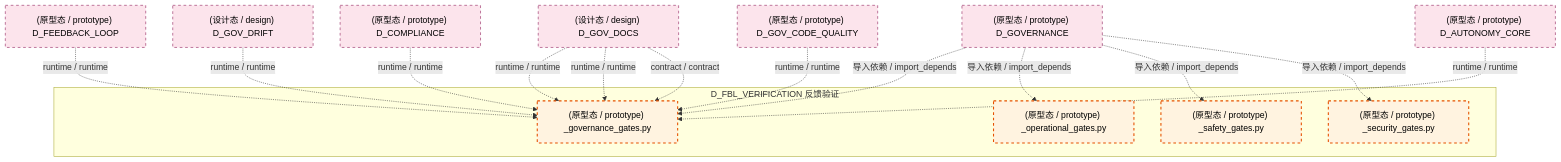
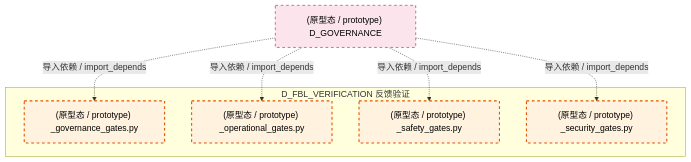
Before and after one commit to xuanFelixVan/ZephyrAlpha: the fourth of 5 diagrams in docs/02_enterprise_architecture/02_domain_architecture_docs/11_d_fbl_verification.md, drawn with Mermaid. The commit also changed other lines of this file and 122 other files, not shown here.

````diff
--- a/docs/02_enterprise_architecture/02_domain_architecture_docs/11_d_fbl_verification.md
+++ b/docs/02_enterprise_architecture/02_domain_architecture_docs/11_d_fbl_verification.md
@@ -342,34 +341,20 @@
 ```mermaid
 graph TD
     subgraph D_FBL_VERIFICATION["D_FBL_VERIFICATION 反馈验证"]
         src_zephyr_feedback_loop_gates_governance_gates_py["(原型态 / prototype) _governance_gates.py"]
         src_zephyr_feedback_loop_gates_operational_gates_py["(原型态 / prototype) _operational_gates.py"]
         src_zephyr_feedback_loop_gates_safety_gates_py["(原型态 / prototype) _safety_gates.py"]
         src_zephyr_feedback_loop_gates_security_gates_py["(原型态 / prototype) _security_gates.py"]
     end
     D_GOVERNANCE["(原型态 / prototype) D_GOVERNANCE"]
     D_GOVERNANCE -.->|导入依赖 / import_depends| src_zephyr_feedback_loop_gates_governance_gates_py
     D_GOVERNANCE -.->|导入依赖 / import_depends| src_zephyr_feedback_loop_gates_operational_gates_py
     D_GOVERNANCE -.->|导入依赖 / import_depends| src_zephyr_feedback_loop_gates_safety_gates_py
     D_GOVERNANCE -.->|导入依赖 / import_depends| src_zephyr_feedback_loop_gates_security_gates_py
-    D_FEEDBACK_LOOP["(原型态 / prototype) D_FEEDBACK_LOOP"]
-    D_FEEDBACK_LOOP -.->|runtime / runtime| src_zephyr_feedback_loop_gates_governance_gates_py
-    D_GOV_DOCS["(设计态 / design) D_GOV_DOCS"]
-    D_GOV_DOCS -.->|runtime / runtime| src_zephyr_feedback_loop_gates_governance_gates_py
-    D_GOV_DRIFT["(设计态 / design) D_GOV_DRIFT"]
-    D_GOV_DRIFT -.->|runtime / runtime| src_zephyr_feedback_loop_gates_governance_gates_py
-    D_COMPLIANCE["(原型态 / prototype) D_COMPLIANCE"]
-    D_COMPLIANCE -.->|runtime / runtime| src_zephyr_feedback_loop_gates_governance_gates_py
-    D_GOV_CODE_QUALITY["(原型态 / prototype) D_GOV_CODE_QUALITY"]
-    D_GOV_CODE_QUALITY -.->|runtime / runtime| src_zephyr_feedback_loop_gates_governance_gates_py
-    D_GOV_DOCS -.->|runtime / runtime| src_zephyr_feedback_loop_gates_governance_gates_py
-    D_GOV_DOCS -.->|contract / contract| src_zephyr_feedback_loop_gates_governance_gates_py
-    D_AUTONOMY_CORE["(原型态 / prototype) D_AUTONOMY_CORE"]
-    D_AUTONOMY_CORE -.->|runtime / runtime| src_zephyr_feedback_loop_gates_governance_gates_py
     classDef production fill:#e1f5fe,stroke:#01579b,stroke-width:2px,color:#000
     classDef design fill:#fff3e0,stroke:#e65100,stroke-width:2px,color:#000,stroke-dasharray: 5 5
     classDef external_prod fill:#e8f5e9,stroke:#1b5e20,stroke-width:1px,color:#000
     classDef external_design fill:#fce4ec,stroke:#880e4f,stroke-width:1px,color:#000,stroke-dasharray: 5 5
     class src_zephyr_feedback_loop_gates_governance_gates_py,src_zephyr_feedback_loop_gates_operational_gates_py,src_zephyr_feedback_loop_gates_safety_gates_py,src_zephyr_feedback_loop_gates_security_gates_py design
-    class D_GOVERNANCE,D_FEEDBACK_LOOP,D_GOV_DOCS,D_GOV_DRIFT,D_COMPLIANCE,D_GOV_CODE_QUALITY,D_AUTONOMY_CORE external_design
+    class D_GOVERNANCE external_design
 ```
````
